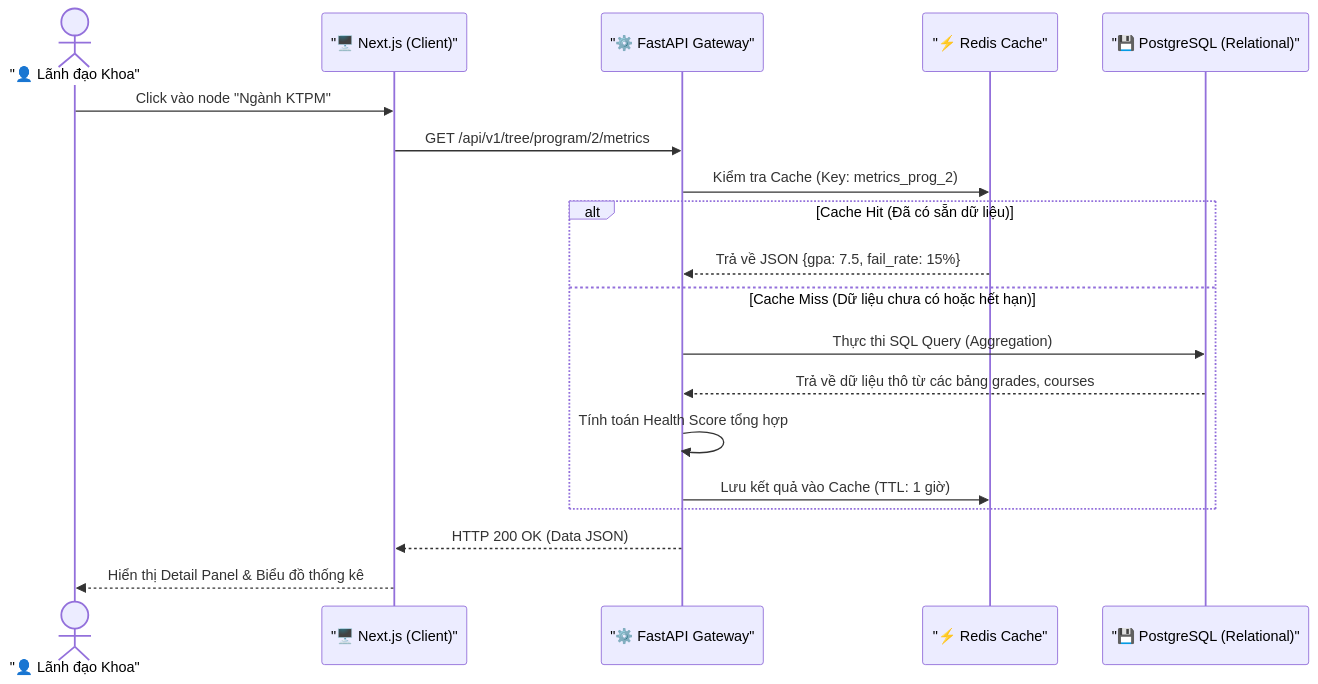
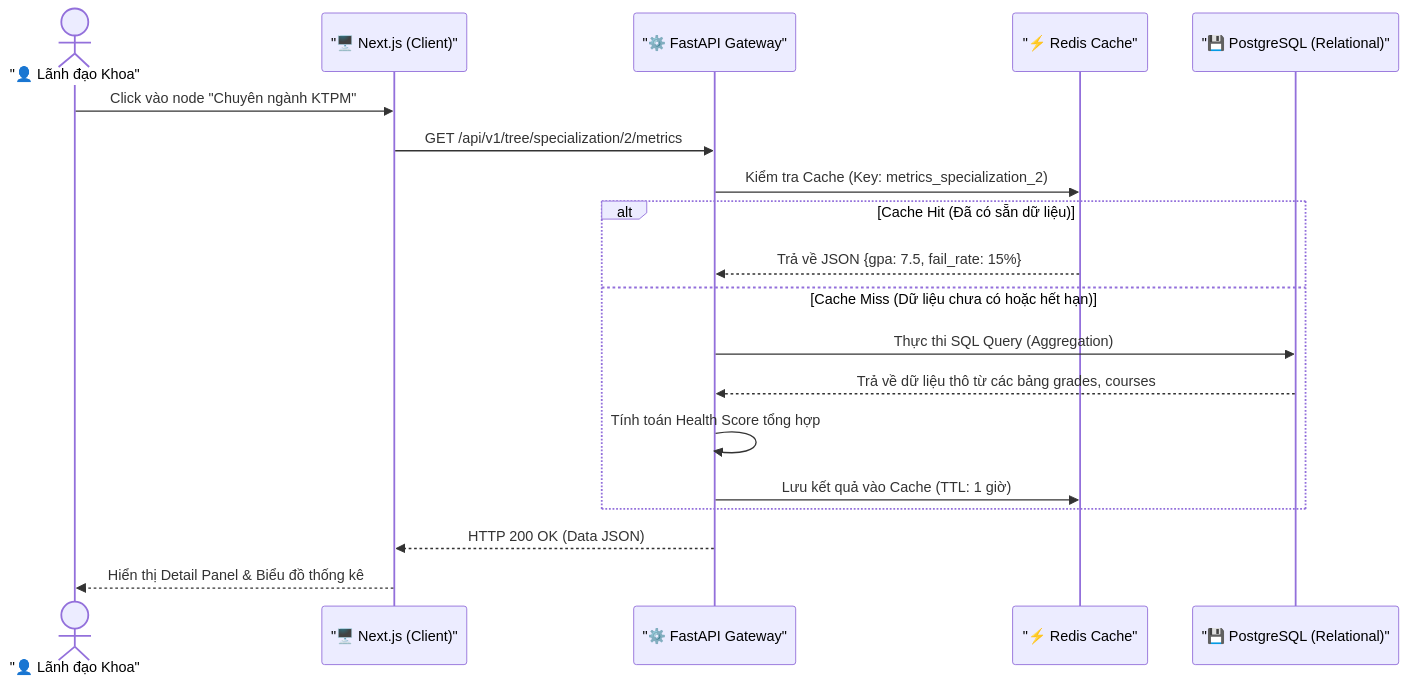
Before and after one commit to ritvien/-Learning-Analytics-AI: the first of 5 diagrams in docs/10-References/DataFlowDiagram.md, drawn with Mermaid. The commit also changed 35 other files, not shown here.

````diff
--- a/docs/10-References/DataFlowDiagram.md
+++ b/docs/10-References/DataFlowDiagram.md
@@ -8,24 +8,24 @@
 ```mermaid
 sequenceDiagram
     actor User as "👤 Lãnh đạo Khoa"
     participant FE as "🖥️ Next.js (Client)"
     participant API as "⚙️ FastAPI Gateway"
     participant Cache as "⚡ Redis Cache"
     participant DB as "💾 PostgreSQL (Relational)"
 
-    User->>FE: Click vào node "Ngành KTPM"
-    FE->>API: GET /api/v1/tree/program/2/metrics
+    User->>FE: Click vào node "Chuyên ngành KTPM"
+    FE->>API: GET /api/v1/tree/specialization/2/metrics
     
-    API->>Cache: Kiểm tra Cache (Key: metrics_prog_2)
+    API->>Cache: Kiểm tra Cache (Key: metrics_specialization_2)
     alt Cache Hit (Đã có sẵn dữ liệu)
         Cache-->>API: Trả về JSON {gpa: 7.5, fail_rate: 15%}
     else Cache Miss (Dữ liệu chưa có hoặc hết hạn)
         API->>DB: Thực thi SQL Query (Aggregation)
         DB-->>API: Trả về dữ liệu thô từ các bảng grades, courses
         API->>API: Tính toán Health Score tổng hợp
         API->>Cache: Lưu kết quả vào Cache (TTL: 1 giờ)
     end
     
     API-->>FE: HTTP 200 OK (Data JSON)
     FE-->>User: Hiển thị Detail Panel & Biểu đồ thống kê
 ```
````
